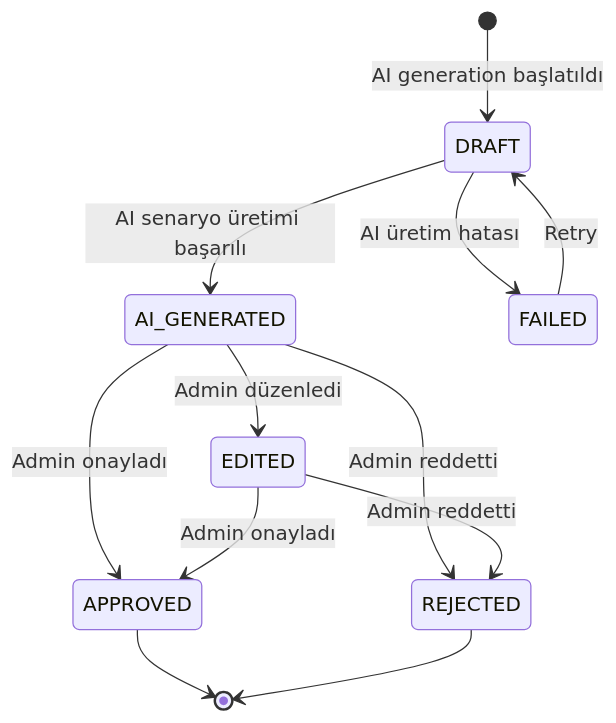
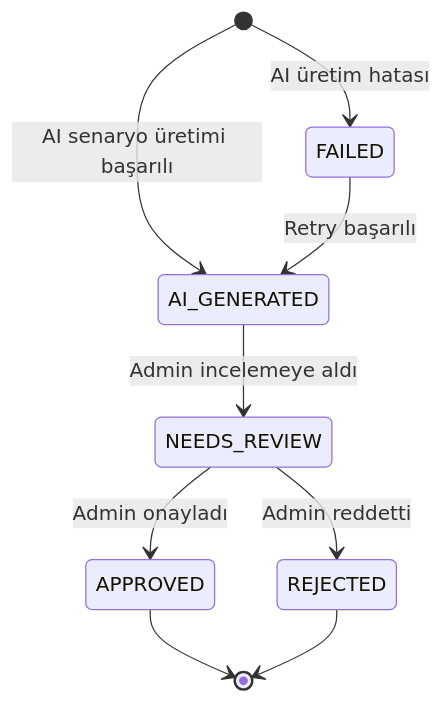
The diagram in docs/05-engineering/35-fp002-scenario-generation-workflow-product-design.md (Serhat2626/turkuproje), drawn with Mermaid before and after one commit. The commit also changed other lines of this file, not shown here.

First line of the commit message:
docs: FP-002 Task 01 — Review fixes (3 items)

````diff
--- a/docs/05-engineering/35-fp002-scenario-generation-workflow-product-design.md
+++ b/docs/05-engineering/35-fp002-scenario-generation-workflow-product-design.md
@@ -87,14 +101,11 @@
 ```mermaid
 stateDiagram-v2
-    [*] --> DRAFT : AI generation başlatıldı
-    DRAFT --> AI_GENERATED : AI senaryo üretimi başarılı
-    DRAFT --> FAILED : AI üretim hatası
-    AI_GENERATED --> EDITED : Admin düzenledi
-    AI_GENERATED --> APPROVED : Admin onayladı
-    AI_GENERATED --> REJECTED : Admin reddetti
-    EDITED --> APPROVED : Admin onayladı
-    EDITED --> REJECTED : Admin reddetti
+    [*] --> AI_GENERATED : AI senaryo üretimi başarılı
+    [*] --> FAILED : AI üretim hatası
+    AI_GENERATED --> NEEDS_REVIEW : Admin incelemeye aldı
+    NEEDS_REVIEW --> APPROVED : Admin onayladı
+    NEEDS_REVIEW --> REJECTED : Admin reddetti
     APPROVED --> [*]
     REJECTED --> [*]
-    FAILED --> DRAFT : Retry
+    FAILED --> AI_GENERATED : Retry başarılı
 ```
````
